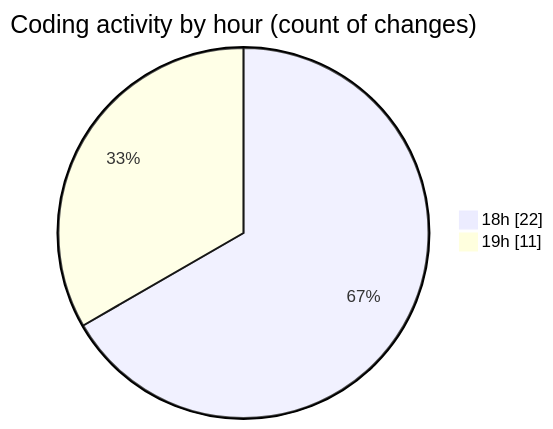
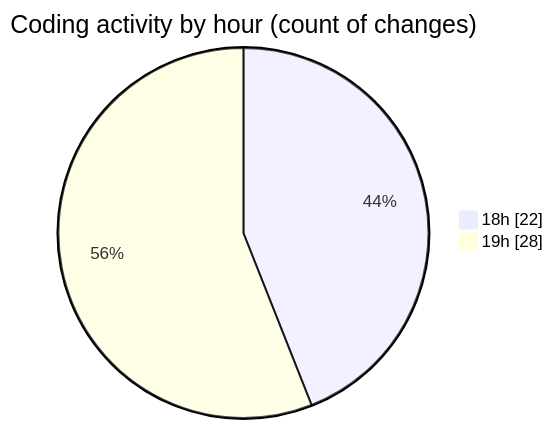
The second of 2 diagrams in 2025-04-29/back-end/README.md (Netris89/code-tracking), drawn with Mermaid before and after one commit. The commit also changed other lines of this file and 1 other file, not shown here.

````diff
--- a/2025-04-29/back-end/README.md
+++ b/2025-04-29/back-end/README.md
@@ -36,6 +36,6 @@
 ```mermaid
 pie showData
 title Coding activity by hour (count of changes)
 "18h" : 22
-"19h" : 11
+"19h" : 28
 ```
````
